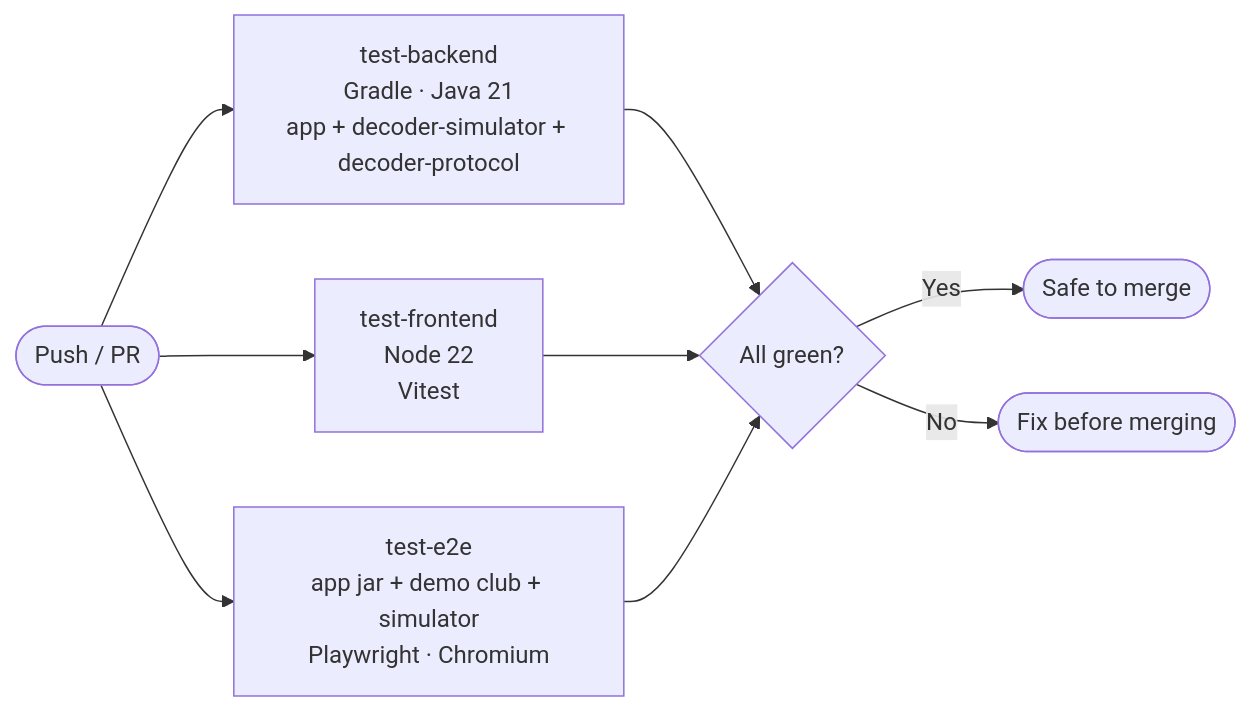
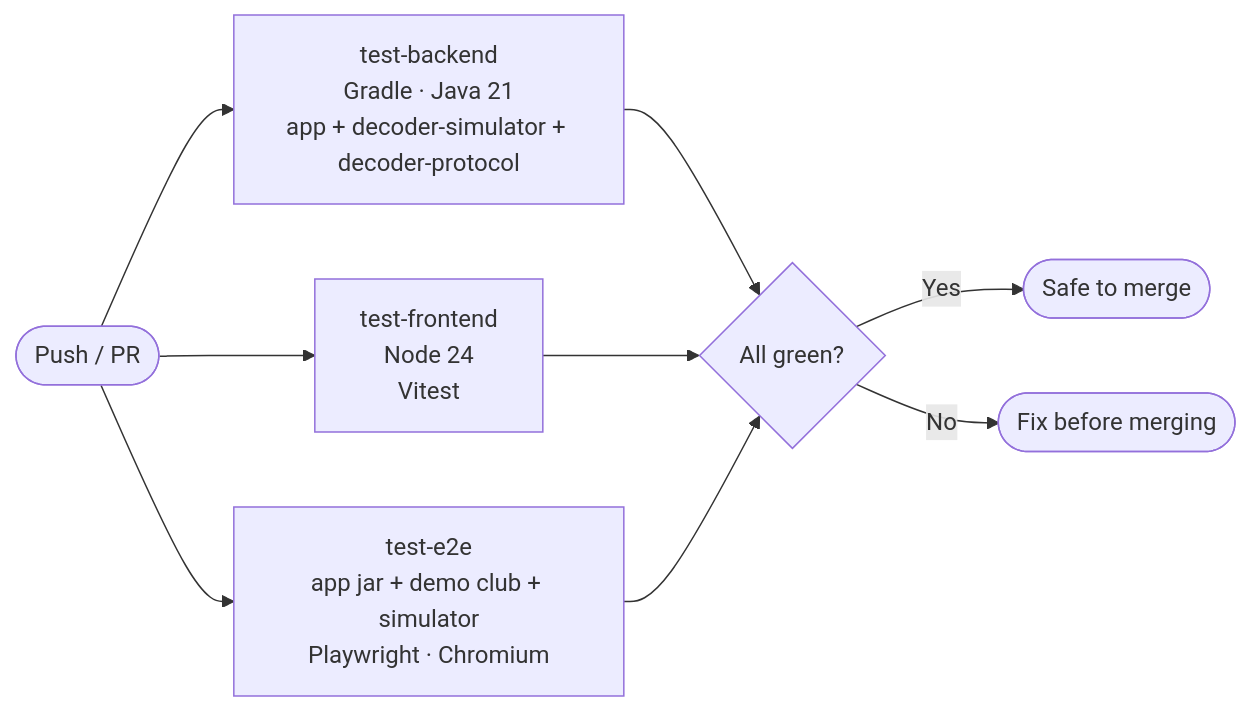
Before and after one commit to RCRaceHub/RCTimingControl: the second of 2 diagrams in CONTRIBUTING.md, drawn with Mermaid. The commit also changed 9 other files, not shown here.

First line of the commit message:
build: Node 24 and frontend dependency updates (#809)

````diff
--- a/CONTRIBUTING.md
+++ b/CONTRIBUTING.md
@@ -81,13 +81,13 @@
 ```mermaid
 flowchart LR
     Push([Push / PR]) --> B[test-backend\nGradle · Java 21\napp + decoder-simulator + decoder-protocol]
-    Push --> C[test-frontend\nNode 22\nVitest]
+    Push --> C[test-frontend\nNode 24\nVitest]
     Push --> D[test-e2e\napp jar + demo club + simulator\nPlaywright · Chromium]
 
     B --> E{All green?}
     C --> E
     D --> E
 
     E -- Yes --> F([Safe to merge])
     E -- No --> G([Fix before merging])
 ```
````
